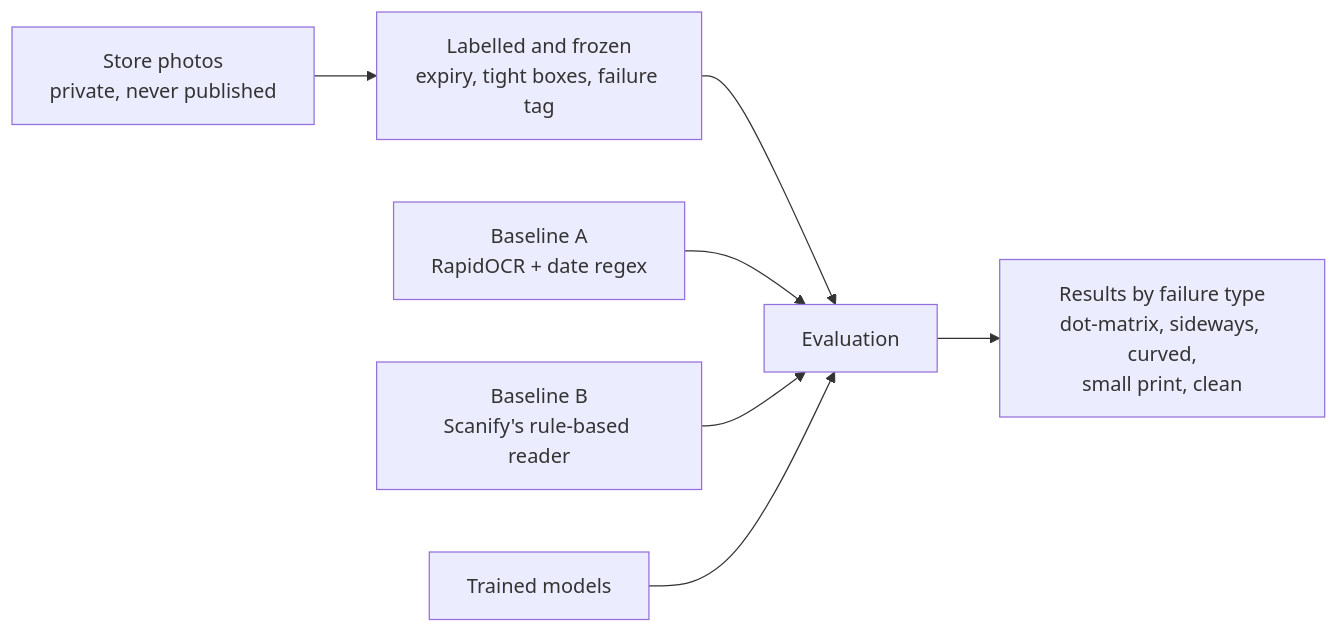
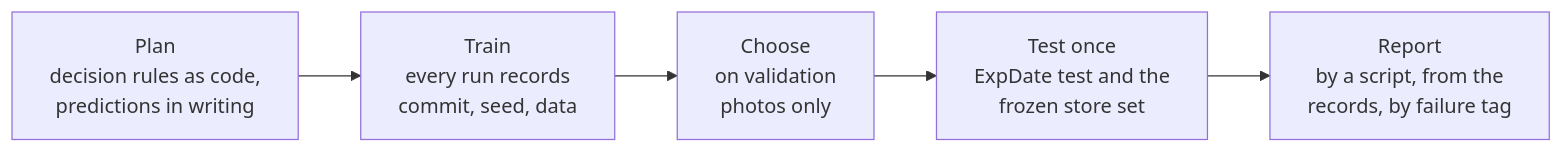
Before and after one commit to aayushroopchandani/bestbefore: the sixth of 12 diagrams in README.md, drawn with Mermaid. The commit also changed other lines of this file, not shown here.

Commit message:
docs: readme diagrams: the architecture, the generator, the gpu queue, the m2 ablation and m2b

````diff
--- a/README.md
+++ b/README.md
@@ -115,9 +257,7 @@
 ```mermaid
 flowchart LR
-    STORE["Store photos<br/>private, never published"] --> FROZEN["Labelled and frozen<br/>expiry, tight boxes, failure tag"]
-    FROZEN --> EVAL["Evaluation"]
-    A["Baseline A<br/>RapidOCR + date regex"] --> EVAL
-    B["Baseline B<br/>Scanify's rule-based reader"] --> EVAL
-    MODELS["Trained models"] --> EVAL
-    EVAL --> TABLE["Results by failure type<br/>dot-matrix, sideways, curved,<br/>small print, clean"]
+    PLAN["Plan<br/>decision rules as code,<br/>predictions in writing"] --> TRAIN["Train<br/>every run records<br/>commit, seed, data"]
+    TRAIN --> CHOOSE["Choose<br/>on validation<br/>photos only"]
+    CHOOSE --> TEST["Test once<br/>ExpDate test and the<br/>frozen store set"]
+    TEST --> REPORT["Report<br/>by a script, from the<br/>records, by failure tag"]
 ```
````
